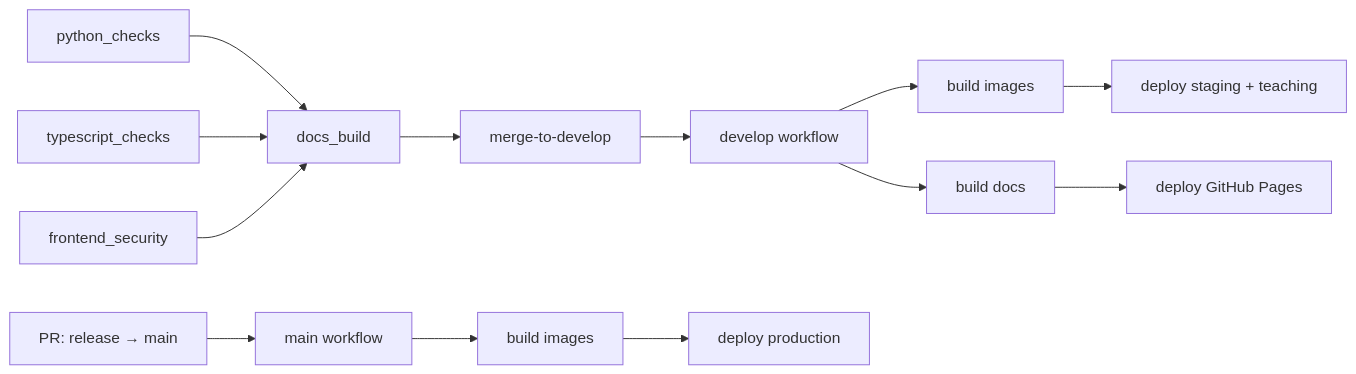
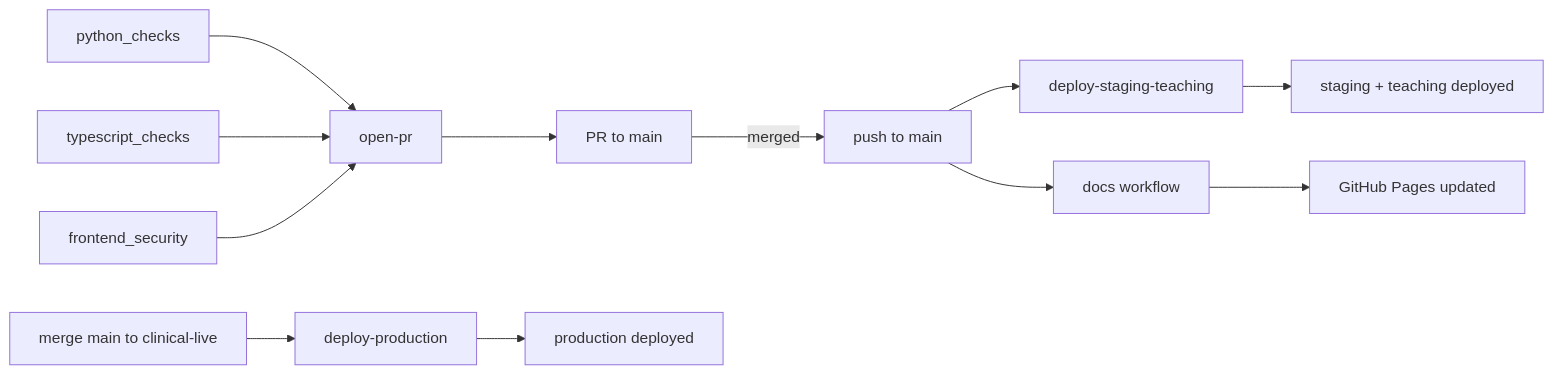
One commit to bailey-medics/quillmedical changed the third of 3 diagrams in docs/docs/cicd/index.md. Above: the diagram before and after it, drawn with Mermaid. The commit also changed other lines of this file and 4 other files, not shown here.

````diff
--- a/docs/docs/cicd/index.md
+++ b/docs/docs/cicd/index.md
@@ -499,15 +392,14 @@
 ```mermaid
 graph LR
-    A[python_checks] --> D[docs_build]
+    A[python_checks] --> D[open-pr]
     B[typescript_checks] --> D
     C[frontend_security] --> D
-    D --> E[merge-to-develop]
-    E --> F[develop workflow]
-    F --> G[build images]
-    G --> H[deploy staging + teaching]
-    F --> I[build docs]
-    I --> J[deploy GitHub Pages]
-    K[PR: release → main] --> L[main workflow]
-    L --> M[build images]
-    M --> N[deploy production]
+    D --> E[PR to main]
+    E -->|merged| F[push to main]
+    F --> G[deploy-staging-teaching]
+    G --> H[staging + teaching deployed]
+    F --> I[docs workflow]
+    I --> J[GitHub Pages updated]
+    K[merge main to clinical-live] --> L[deploy-production]
+    L --> M[production deployed]
 ```
````
